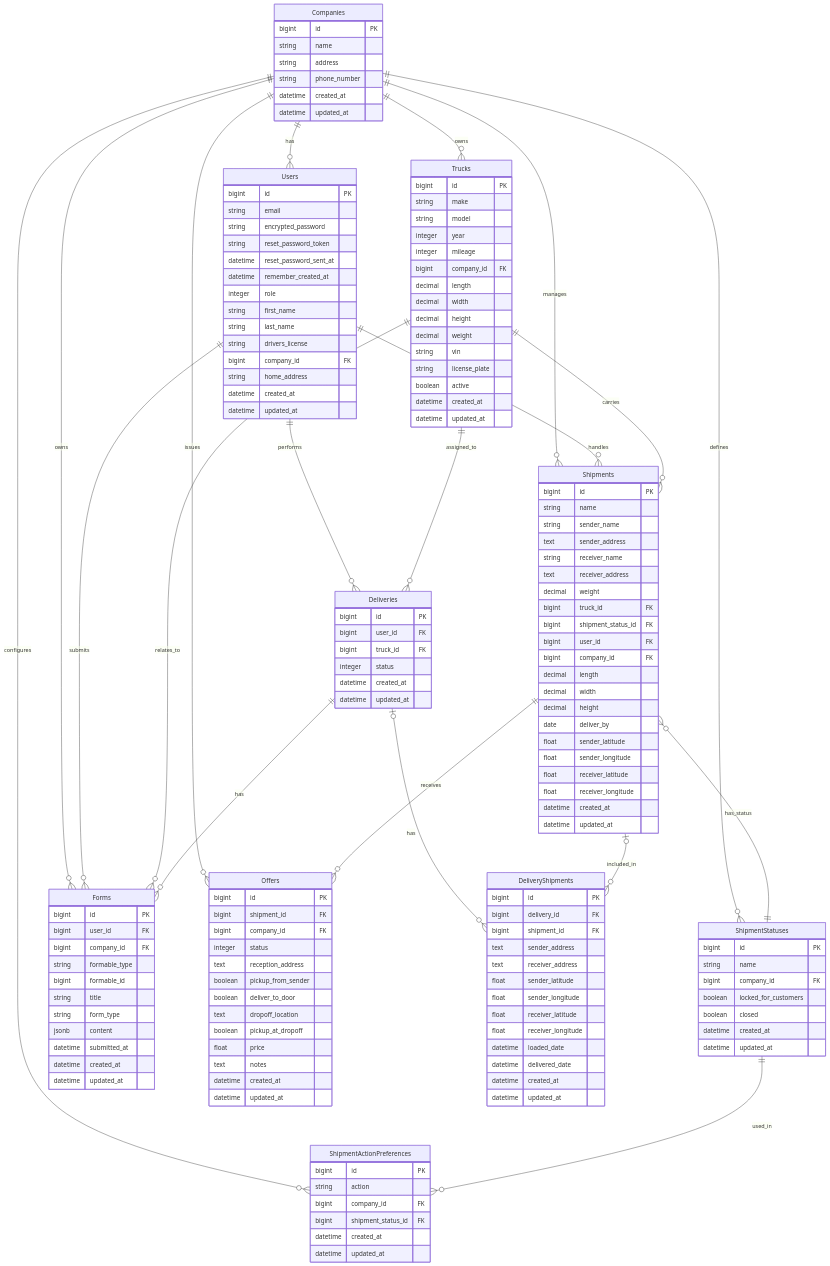
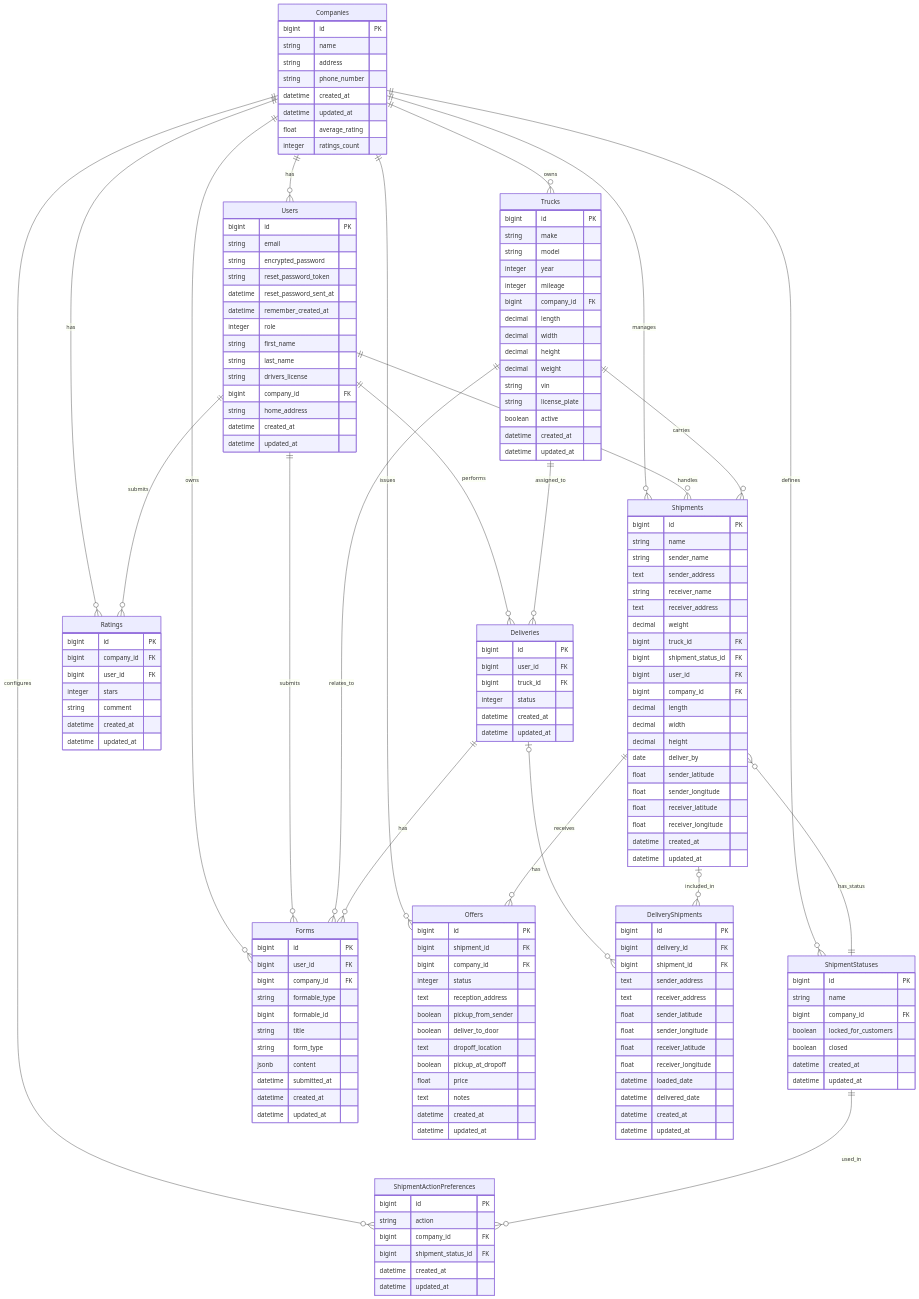
Before and after one commit to devxiongmao/truckin-along: the diagram in docs/erd.mermaid, drawn with Mermaid. The commit also changed 16 other files, not shown here.

```diff
--- a/docs/erd.mermaid
+++ b/docs/erd.mermaid
@@ -1,168 +1,183 @@
 erDiagram
     Companies ||--o{ Users : has
     Companies ||--o{ Trucks : owns
     Companies ||--o{ Shipments : manages
     Companies ||--o{ ShipmentStatuses : defines
     Companies ||--o{ ShipmentActionPreferences : configures
     Companies ||--o{ Forms : owns
     Companies ||--o{ Offers : issues
+    Companies ||--o{ Ratings : has
     
     Users ||--o{ Deliveries : performs
     Users ||--o{ Shipments : handles
     Users ||--o{ Forms : submits
+    Users ||--o{ Ratings : submits
+
     Shipments ||--o{ Offers : receives
     
     Trucks ||--o{ Deliveries : assigned_to
     Trucks ||--o{ Shipments : carries
     Trucks ||--o{ Forms : relates_to
     
     Shipments }o--|| ShipmentStatuses : has_status
     
     ShipmentStatuses ||--o{ ShipmentActionPreferences : used_in
     
     Deliveries |o--o{ DeliveryShipments : has
     Deliveries ||--o{ Forms : has
     
     Shipments |o--o{ DeliveryShipments : included_in
     
     Companies {
         bigint id PK
         string name
         string address
         string phone_number
+        datetime created_at
+        datetime updated_at
+        float average_rating
+        integer ratings_count
+    }
+
+    Ratings {
+        bigint id PK
+        bigint company_id FK
+        bigint user_id FK
+        integer stars 
+        string comment 
         datetime created_at
         datetime updated_at
     }
     
     Users {
         bigint id PK
         string email
         string encrypted_password
         string reset_password_token
         datetime reset_password_sent_at
         datetime remember_created_at
         integer role
         string first_name
         string last_name
         string drivers_license
         bigint company_id FK
         string home_address
         datetime created_at
         datetime updated_at
     }
     
     Trucks {
         bigint id PK
         string make
         string model
         integer year
         integer mileage
         bigint company_id FK
         decimal length
         decimal width
         decimal height
         decimal weight
         string vin
         string license_plate
         boolean active
         datetime created_at
         datetime updated_at
     }
     
     Deliveries {
         bigint id PK
         bigint user_id FK
         bigint truck_id FK
         integer status
         datetime created_at
         datetime updated_at
     }
     
     Shipments {
         bigint id PK
         string name
         string sender_name
         text sender_address
         string receiver_name
         text receiver_address
         decimal weight
         bigint truck_id FK
         bigint shipment_status_id FK
         bigint user_id FK
         bigint company_id FK
         decimal length
         decimal width
         decimal height
         date deliver_by
         float sender_latitude
         float sender_longitude
         float receiver_latitude
         float receiver_longitude
         datetime created_at
         datetime updated_at
     }
 
     DeliveryShipments {
         bigint id PK
         bigint delivery_id FK
         bigint shipment_id FK
         text sender_address
         text receiver_address
         float sender_latitude
         float sender_longitude
         float receiver_latitude
         float receiver_longitude
         datetime loaded_date
         datetime delivered_date
         datetime created_at
         datetime updated_at
     }
     
     ShipmentStatuses {
         bigint id PK
         string name
         bigint company_id FK
         boolean locked_for_customers
         boolean closed
         datetime created_at
         datetime updated_at
     }
     
     ShipmentActionPreferences {
         bigint id PK
         string action
         bigint company_id FK
         bigint shipment_status_id FK
         datetime created_at
         datetime updated_at
     }
     
     Forms {
         bigint id PK
         bigint user_id FK
         bigint company_id FK
         string formable_type
         bigint formable_id
         string title
         string form_type
         jsonb content
         datetime submitted_at
         datetime created_at
         datetime updated_at
     }
     
     Offers {
         bigint id PK
         bigint shipment_id FK
         bigint company_id FK
         integer status
         text reception_address
         boolean pickup_from_sender
         boolean deliver_to_door
         text dropoff_location
         boolean pickup_at_dropoff
         float price
         text notes
         datetime created_at
         datetime updated_at
     }
```
